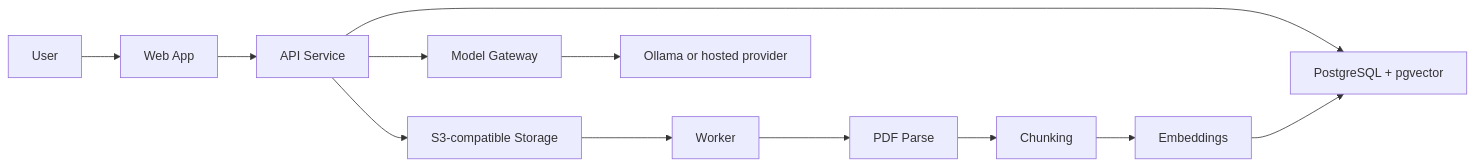
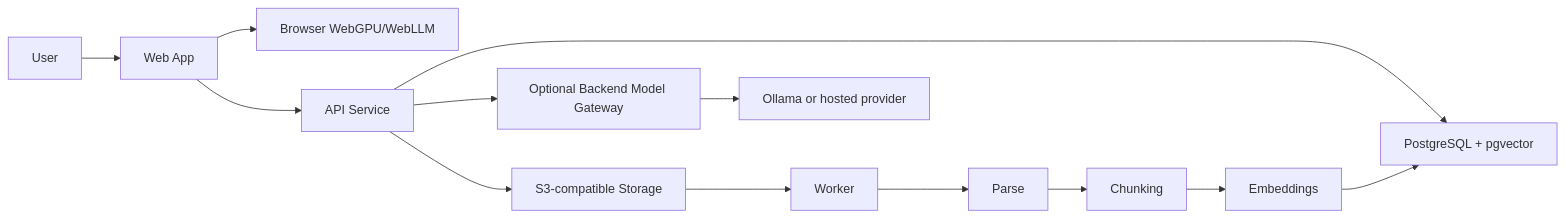
The diagram in README.md (ashwini-361/pdfchat), drawn with Mermaid before and after one commit. The commit also changed other lines of this file and 5 other files, not shown here.

Commit message:
clarify optional ollama backend

````diff
--- a/README.md
+++ b/README.md
@@ -46,14 +46,15 @@
 ```mermaid
 flowchart LR
     U["User"] --> W["Web App"]
+    W --> B["Browser WebGPU/WebLLM"]
     W --> A["API Service"]
     A --> S["S3-compatible Storage"]
     A --> V["PostgreSQL + pgvector"]
-    A --> M["Model Gateway"]
+    A --> M["Optional Backend Model Gateway"]
     S --> K["Worker"]
-    K --> P["PDF Parse"]
+    K --> P["Parse"]
     P --> C["Chunking"]
     C --> E["Embeddings"]
     E --> V
     M --> O["Ollama or hosted provider"]
 ```
````
